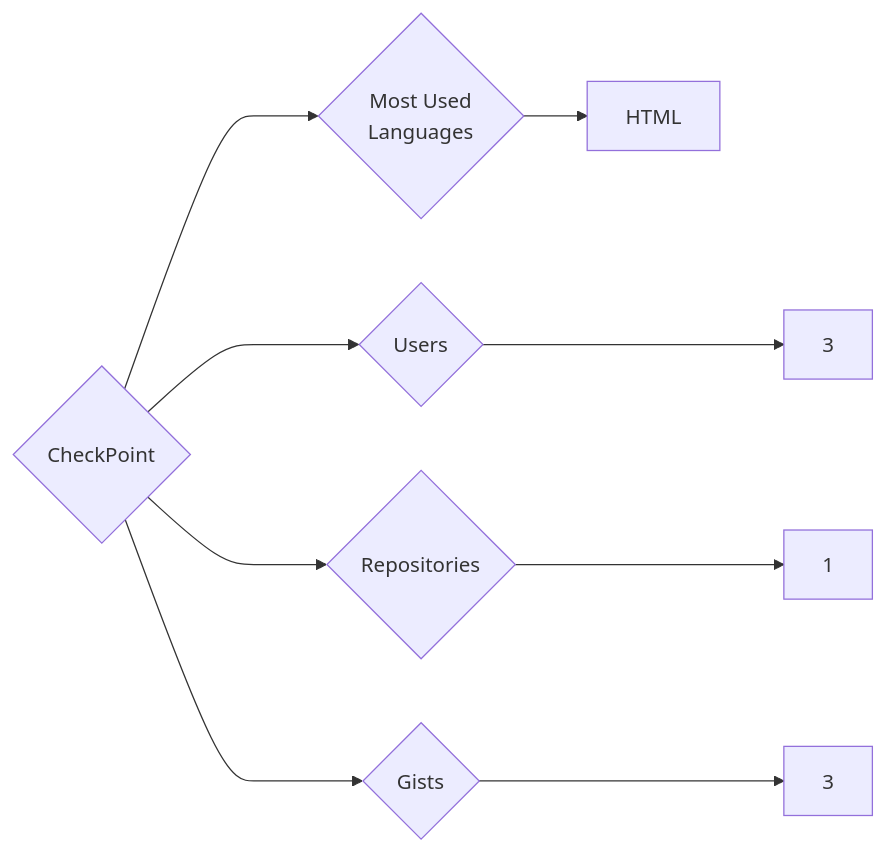
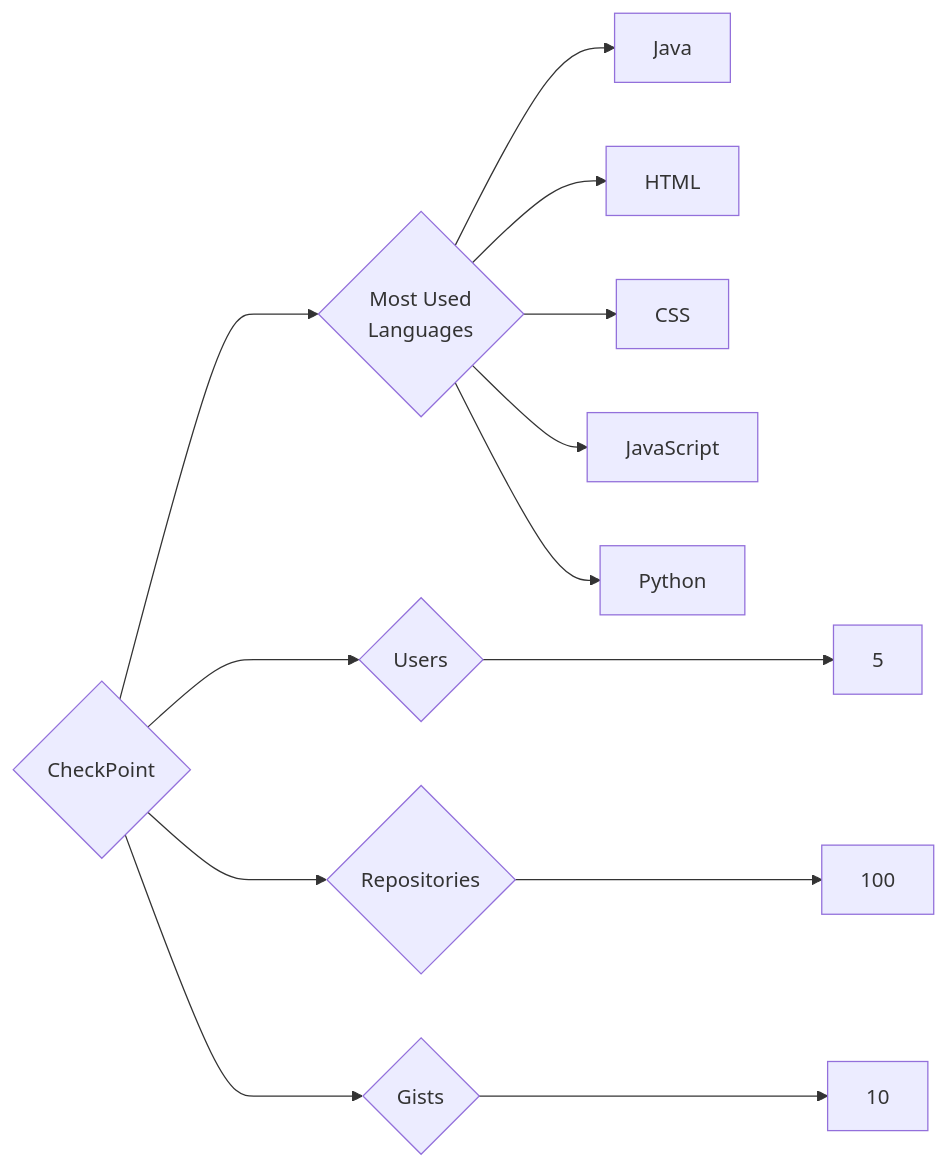
One commit to trickest/insiders changed the diagram in targets/CheckPoint/README.md. Above: the diagram before and after it, drawn with Mermaid. The commit also changed 682 other files, not shown here.

````diff
--- a/targets/CheckPoint/README.md
+++ b/targets/CheckPoint/README.md
@@ -3,9 +3,13 @@
 ```mermaid
 graph LR
 COMPANY_NAME{CheckPoint}
-COMPANY_NAME ---> U{Users} ---> UN[3]
-COMPANY_NAME ---> R{Repositories} ---> RN[1]
-COMPANY_NAME ---> G{Gists} ---> GN[3]
+COMPANY_NAME ---> U{Users} ---> UN[5]
+COMPANY_NAME ---> R{Repositories} ---> RN[100]
+COMPANY_NAME ---> G{Gists} ---> GN[10]
 COMPANY_NAME ---> ML{Most Used<br>Languages}
+ML --> Java[Java]
 ML --> HTML[HTML]
+ML --> CSS[CSS]
+ML --> JavaScript[JavaScript]
+ML --> Python[Python]
 ```
````
